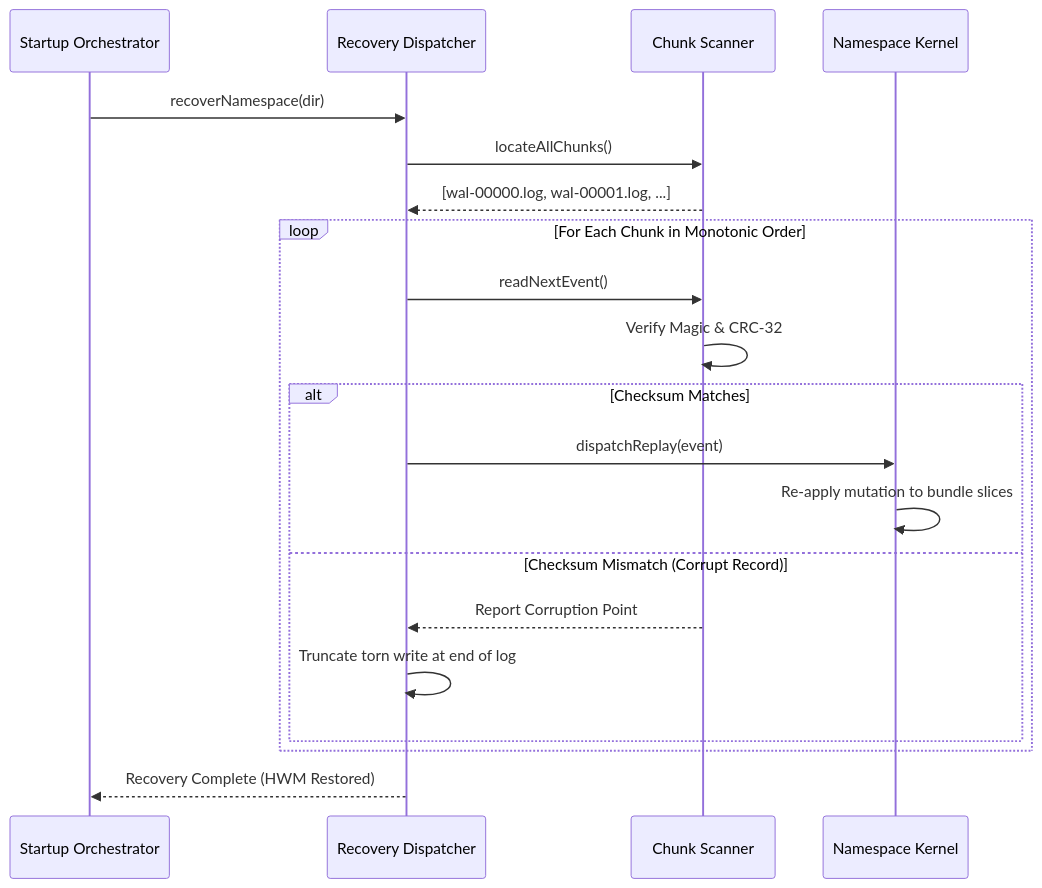
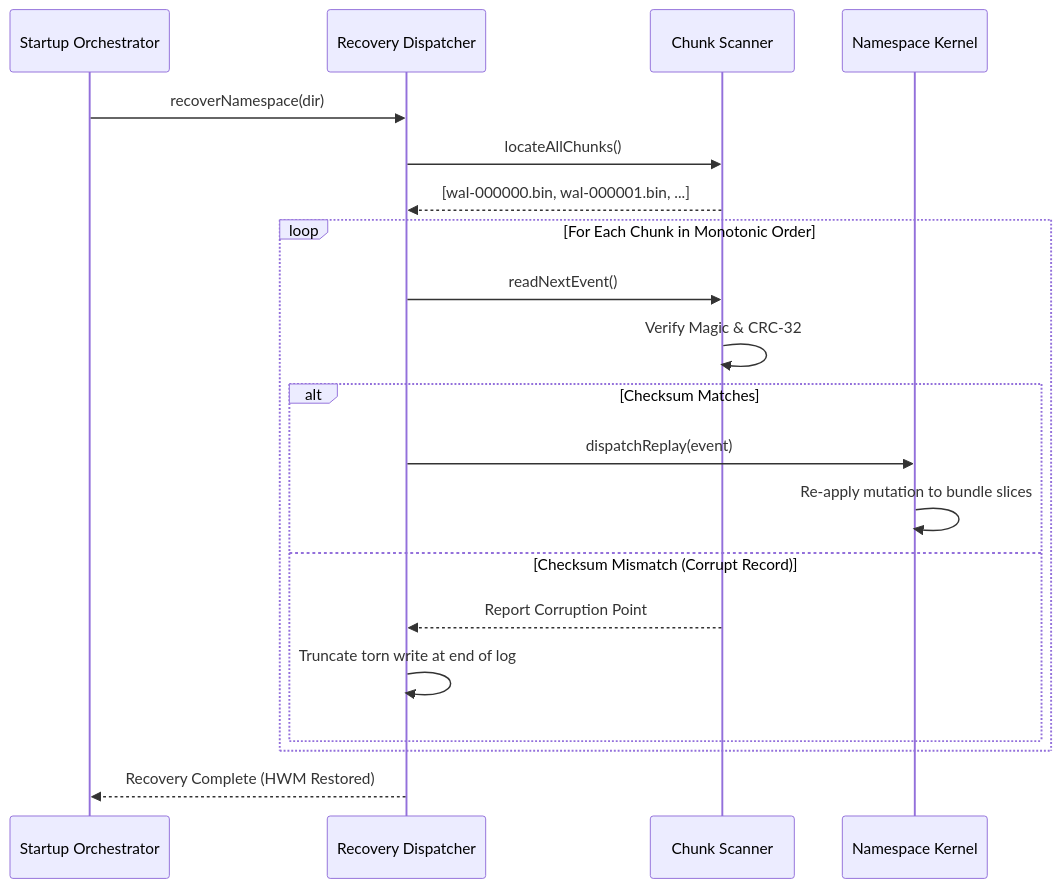
One commit to spectrayan/spector changed the second of 2 diagrams in docs/kernel/wal-recovery.md. Above: the diagram before and after it, drawn with Mermaid. The commit also changed other lines of this file and 43 other files, not shown here.

````diff
--- a/docs/kernel/wal-recovery.md
+++ b/docs/kernel/wal-recovery.md
@@ -111,23 +126,23 @@
 ```mermaid
 sequenceDiagram
     participant Boot as Startup Orchestrator
     participant Disp as Recovery Dispatcher
     participant WAL as Chunk Scanner
     participant Kernel as Namespace Kernel
 
     Boot->>Disp: recoverNamespace(dir)
     Disp->>WAL: locateAllChunks()
-    WAL-->>Disp: [wal-00000.log, wal-00001.log, ...]
+    WAL-->>Disp: [wal-000000.bin, wal-000001.bin, ...]
     loop For Each Chunk in Monotonic Order
         Disp->>WAL: readNextEvent()
         WAL->>WAL: Verify Magic & CRC-32
         alt Checksum Matches
             Disp->>Kernel: dispatchReplay(event)
             Kernel->>Kernel: Re-apply mutation to bundle slices
         else Checksum Mismatch (Corrupt Record)
             WAL-->>Disp: Report Corruption Point
             Disp->>Disp: Truncate torn write at end of log
         end
     end
     Disp-->>Boot: Recovery Complete (HWM Restored)
 ```
````
